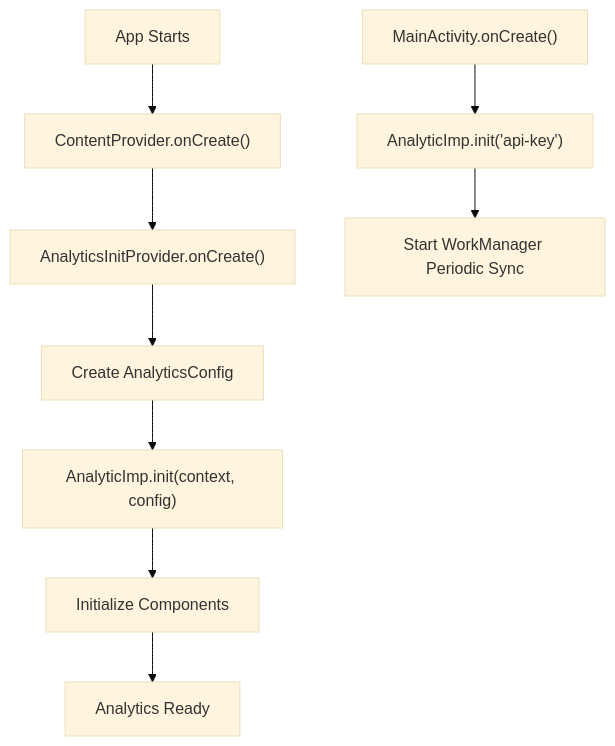
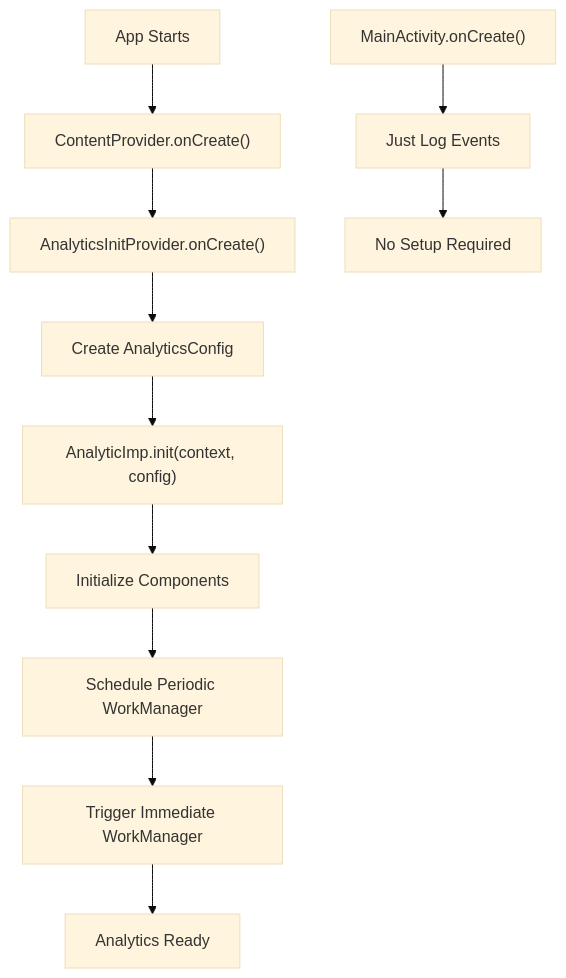
The first of 3 diagrams in SYSTEM_DESIGN.md (rahulyadav07/AnalyticsLib), drawn with Mermaid (base theme) before and after one commit. The commit also changed other lines of this file and 13 other files, not shown here.

````diff
--- a/SYSTEM_DESIGN.md
+++ b/SYSTEM_DESIGN.md
@@ -59,12 +61,14 @@
 ```mermaid
 graph TD
     A["App Starts"] --> B["ContentProvider.onCreate()"]
     B --> C["AnalyticsInitProvider.onCreate()"]
     C --> D["Create AnalyticsConfig"]
     D --> E["AnalyticImp.init(context, config)"]
     E --> F["Initialize Components"]
-    F --> G["Analytics Ready"]
+    F --> G["Schedule Periodic WorkManager"]
+    G --> H["Trigger Immediate WorkManager"]
+    H --> I["Analytics Ready"]
     
-    H["MainActivity.onCreate()"] --> I["AnalyticImp.init('api-key')"]
-    I --> J["Start WorkManager Periodic Sync"]
+    J["MainActivity.onCreate()"] --> K["Just Log Events"]
+    K --> L["No Setup Required"]
 ```
````
